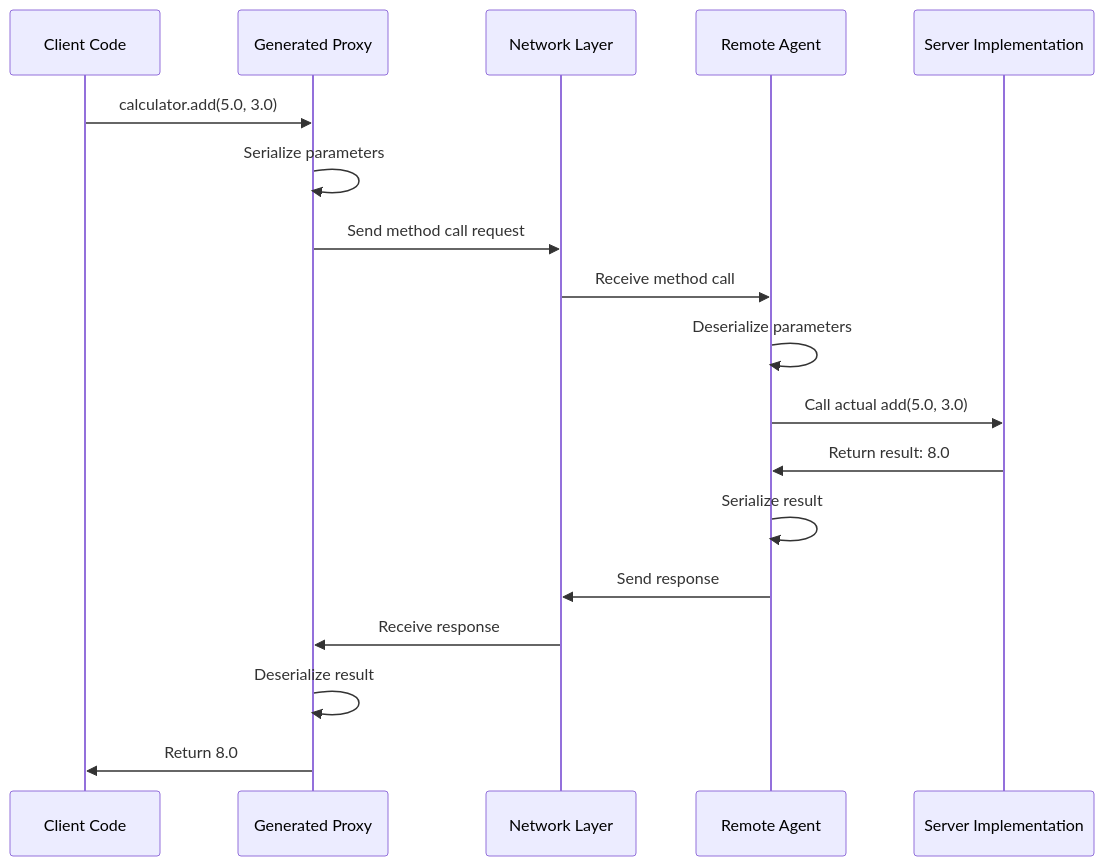
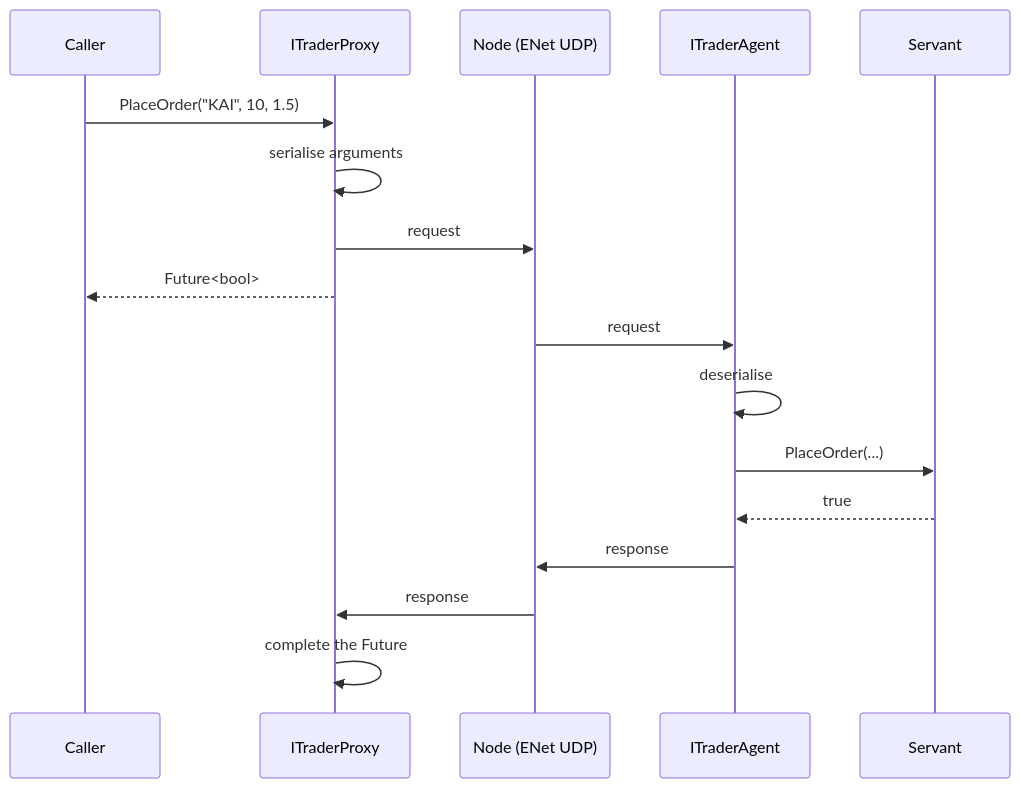
The second of 2 diagrams in Include/KAI/Language/Tau/README.md (cschladetsch/CppKAI), drawn with Mermaid before and after one commit. The commit also changed other lines of this file and 71 other files, not shown here.

````diff
--- a/Include/KAI/Language/Tau/README.md
+++ b/Include/KAI/Language/Tau/README.md
@@ -91,21 +36,19 @@
 ```mermaid
 sequenceDiagram
-    participant Client as Client Code
-    participant Proxy as Generated Proxy
-    participant Network as Network Layer
-    participant Agent as Remote Agent
-    participant Server as Server Implementation
-    
-    Client->>Proxy: calculator.add(5.0, 3.0)
-    Proxy->>Proxy: Serialize parameters
-    Proxy->>Network: Send method call request
-    Network->>Agent: Receive method call
-    Agent->>Agent: Deserialize parameters
-    Agent->>Server: Call actual add(5.0, 3.0)
-    Server->>Agent: Return result: 8.0
-    Agent->>Agent: Serialize result
-    Agent->>Network: Send response
-    Network->>Proxy: Receive response
-    Proxy->>Proxy: Deserialize result
-    Proxy->>Client: Return 8.0
+    participant C as Caller
+    participant P as ITraderProxy
+    participant N as Node (ENet UDP)
+    participant A as ITraderAgent
+    participant S as Servant
+    C->>P: PlaceOrder("KAI", 10, 1.5)
+    P->>P: serialise arguments
+    P->>N: request
+    P-->>C: Future<bool>
+    N->>A: request
+    A->>A: deserialise
+    A->>S: PlaceOrder(...)
+    S-->>A: true
+    A->>N: response
+    N->>P: response
+    P->>P: complete the Future
 ```
````
